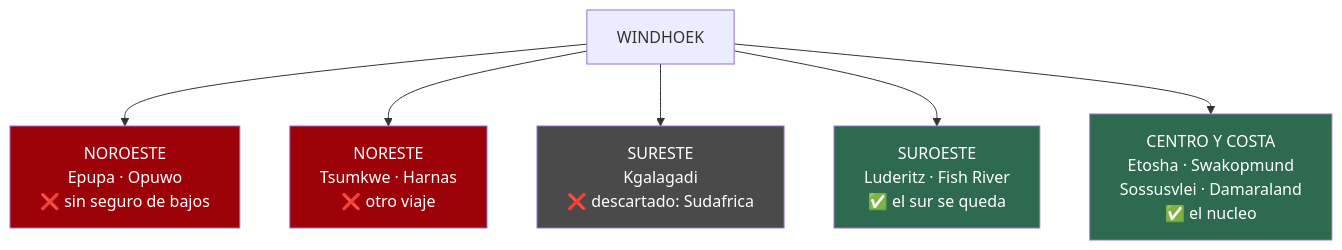
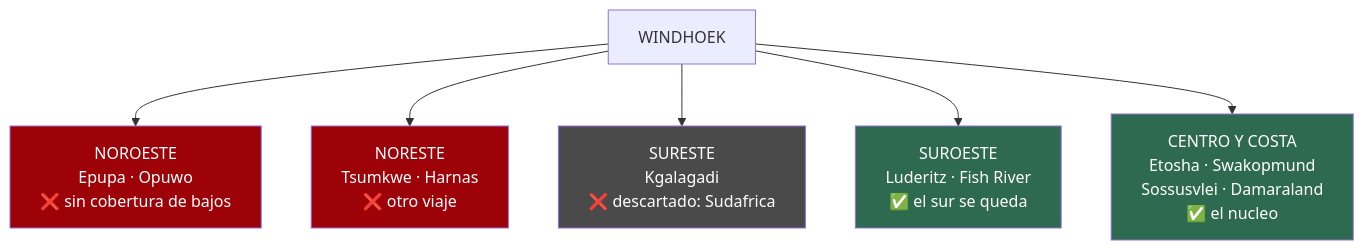
One commit to morandeirachema/namibia changed the ninth of 10 diagrams in README.md. Above: the diagram before and after it, drawn with Mermaid. The commit also changed other lines of this file, not shown here.

````diff
--- a/README.md
+++ b/README.md
@@ -305,14 +310,14 @@
 ```mermaid
 flowchart TD
     W["WINDHOEK"]
-    W --> NW["NOROESTE<br/>Epupa · Opuwo<br/>❌ sin seguro de bajos"]
+    W --> NW["NOROESTE<br/>Epupa · Opuwo<br/>❌ sin cobertura de bajos"]
     W --> NE["NORESTE<br/>Tsumkwe · Harnas<br/>❌ otro viaje"]
     W --> SE["SURESTE<br/>Kgalagadi<br/>❌ descartado: Sudafrica"]
     W --> SW["SUROESTE<br/>Luderitz · Fish River<br/>✅ el sur se queda"]
     W --> C["CENTRO Y COSTA<br/>Etosha · Swakopmund<br/>Sossusvlei · Damaraland<br/>✅ el nucleo"]
     style NW fill:#9d0208,color:#fff
     style NE fill:#9d0208,color:#fff
     style SE fill:#4a4a4a,color:#fff
     style SW fill:#2d6a4f,color:#fff
     style C fill:#2d6a4f,color:#fff
 ```
````
